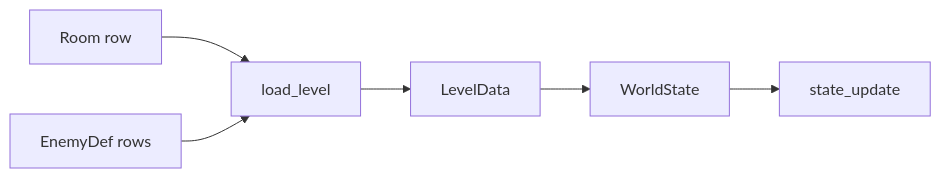
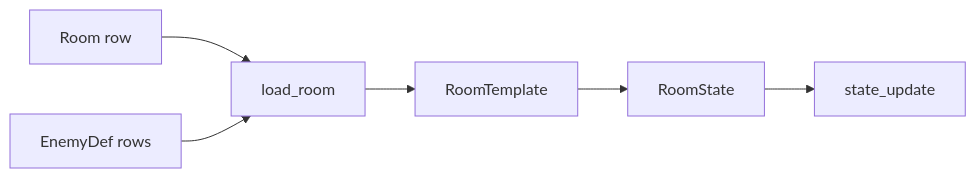
The sixth of 6 diagrams in docs/ARCHITECTURE.md (GoldenWind8/roguelike-mvp), drawn with Mermaid before and after one commit. The commit also changed other lines of this file and 29 other files, not shown here.

````diff
--- a/docs/ARCHITECTURE.md
+++ b/docs/ARCHITECTURE.md
@@ -208,8 +231,8 @@
 ```mermaid
 flowchart LR
-    R["Room row"] --> LD["load_level"]
+    R["Room row"] --> LD["load_room"]
     ED["EnemyDef rows"] --> LD
-    LD --> L["LevelData"]
-    L --> W["WorldState"]
+    LD --> L["RoomTemplate"]
+    L --> W["RoomState"]
     W --> S["state_update"]
 ```
````
